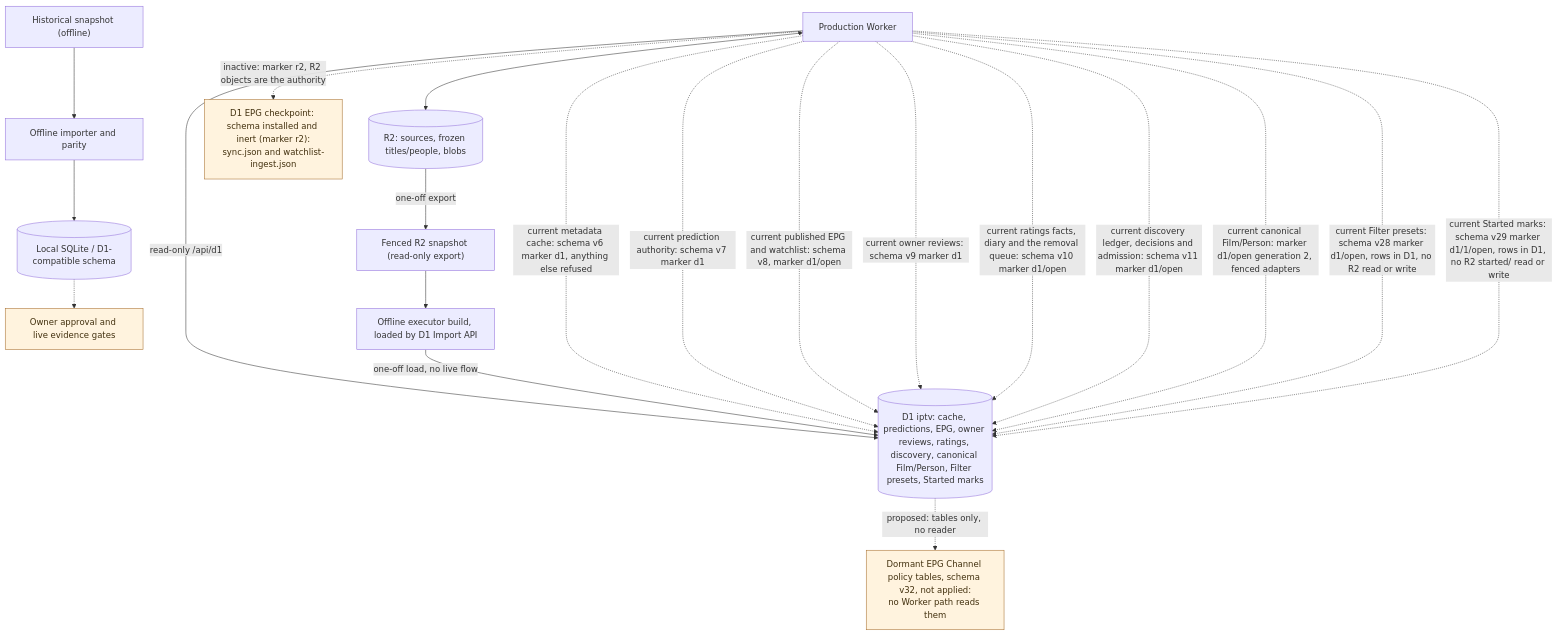
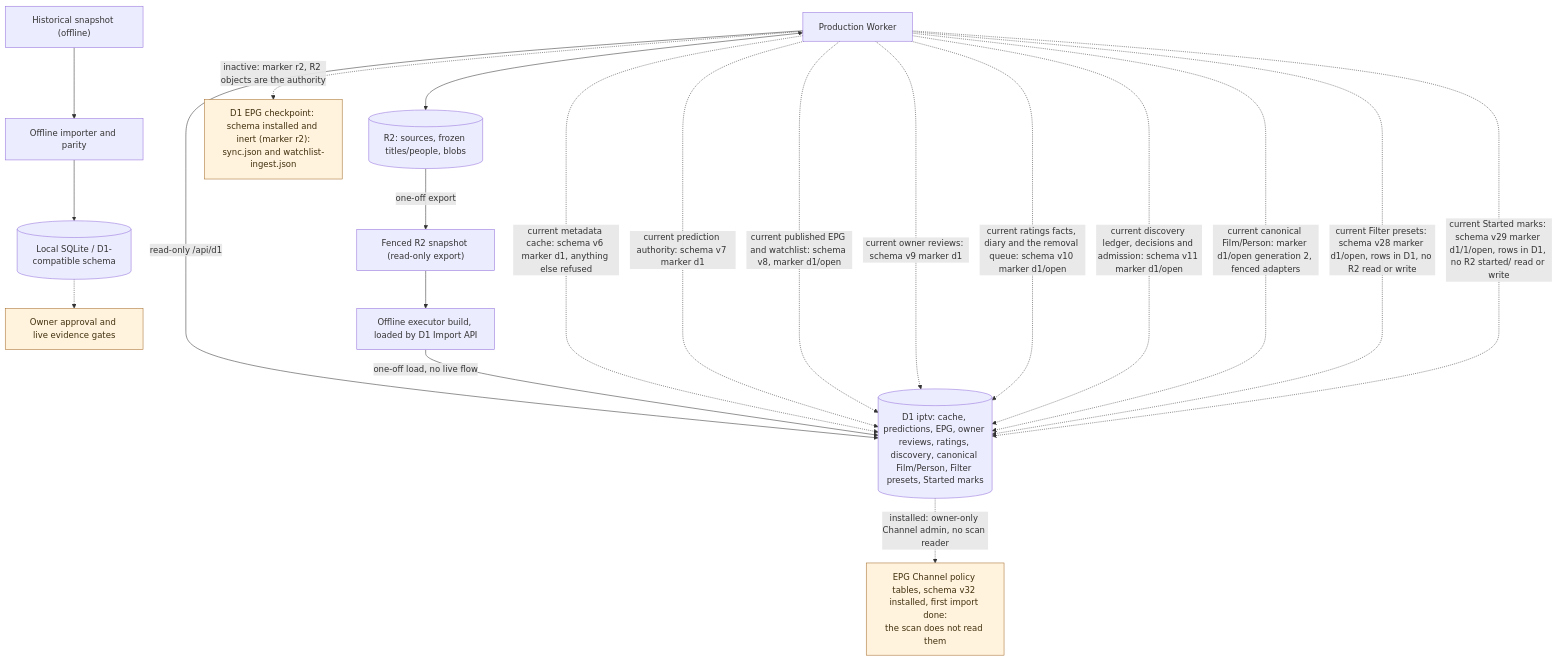
The diagram in docs/architecture/persistence-and-migration.md (vladimino/iptv-watchlist), drawn with Mermaid before and after one commit. The commit also changed other lines of this file and 10 other files, not shown here.

First line of the commit message:
feat(air-571): narrow Letterboxd schema 0033 operator and migration docs

````diff
--- a/docs/architecture/persistence-and-migration.md
+++ b/docs/architecture/persistence-and-migration.md
@@ -7,32 +7,32 @@
 ```mermaid
 flowchart TD
     worker["Production Worker"]
     r2[("R2: sources, frozen titles/people, blobs")]
     archive["Historical snapshot (offline)"]
     importer["Offline importer and parity"]
     local[("Local SQLite / D1-compatible schema")]
     gate["Owner approval and live evidence gates"]
     snapshot["Fenced R2 snapshot (read-only export)"]
     reload["Offline executor build, loaded by D1 Import API"]
     d1[("D1 iptv: cache, predictions, EPG, owner reviews, ratings, discovery, canonical Film/Person, Filter presets, Started marks")]
     worker <--> r2
     worker -->|read-only /api/d1| d1
     archive --> importer --> local
     local -.-> gate
     r2 -->|one-off export| snapshot --> reload -->|one-off load, no live flow| d1
     worker -.->|current metadata cache: schema v6 marker d1, anything else refused| d1
     worker -.->|current prediction authority: schema v7 marker d1| d1
     worker -.->|current published EPG and watchlist: schema v8, marker d1/open| d1
     worker -.->|current owner reviews: schema v9 marker d1| d1
     worker -.->|current ratings facts, diary and the removal queue: schema v10 marker d1/open| d1
     worker -.->|current discovery ledger, decisions and admission: schema v11 marker d1/open| d1
     worker -.->|current canonical Film/Person: marker d1/open generation 2, fenced adapters| d1
     worker -.->|current Filter presets: schema v28 marker d1/open, rows in D1, no R2 read or write| d1
     worker -.->|current Started marks: schema v29 marker d1/1/open, rows in D1, no R2 started/ read or write| d1
     epgcp["D1 EPG checkpoint: schema installed and inert (marker r2):<br/>sync.json and watchlist-ingest.json"]
     worker -.->|"inactive: marker r2, R2 objects are the authority"| epgcp
-    chan["Dormant EPG Channel policy tables, schema v32, not applied:<br/>no Worker path reads them"]
-    d1 -.->|"proposed: tables only, no reader"| chan
+    chan["EPG Channel policy tables, schema v32 installed, first import done:<br/>the scan does not read them"]
+    d1 -.->|"installed: owner-only Channel admin, no scan reader"| chan
     classDef future fill:#fff3de,stroke:#a56c2b,color:#42300e
     class gate,epgcp,chan future
 ```
````
